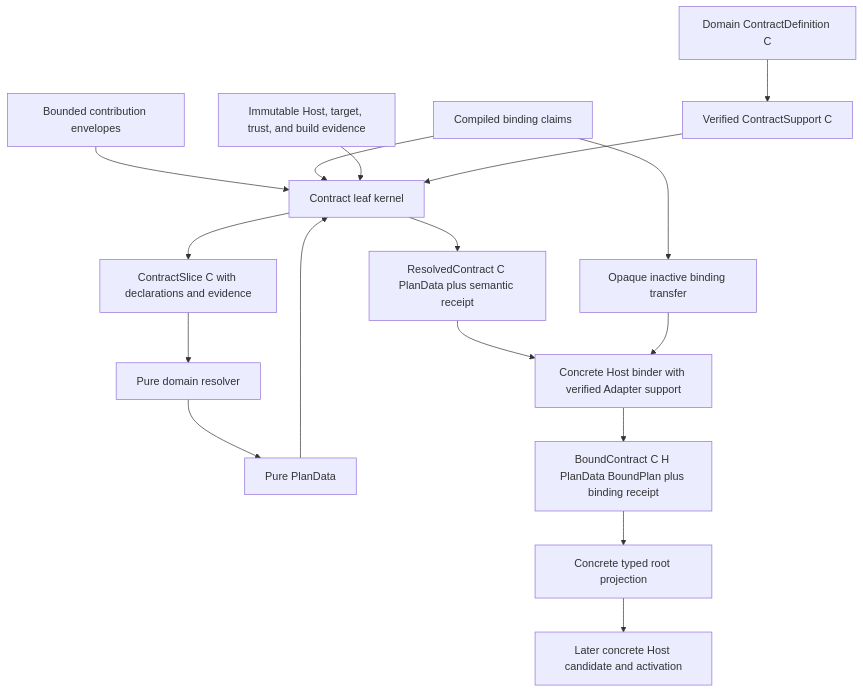
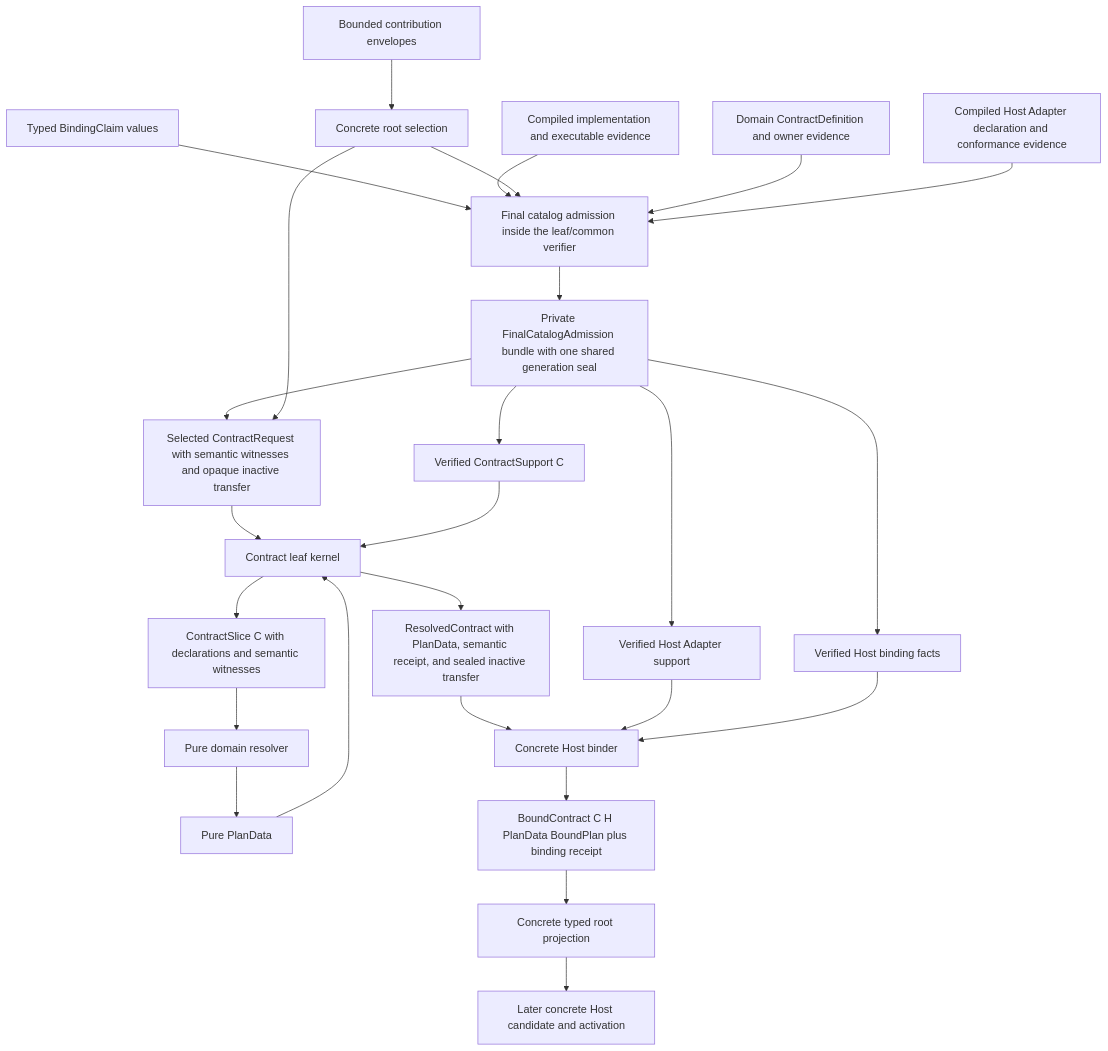
The diagram in docs/architecture/extension-contract-kernel-interface-design.md (Latias94/nara), drawn with Mermaid before and after one commit. The commit also changed other lines of this file and 5 other files, not shown here.

First line of the commit message:
docs(architecture): align extension admission and host ownership

````diff
--- a/docs/architecture/extension-contract-kernel-interface-design.md
+++ b/docs/architecture/extension-contract-kernel-interface-design.md
@@ -165,19 +169,28 @@
 ```mermaid
 flowchart TD
-    Descriptor[Bounded contribution envelopes] --> Leaf[Contract leaf kernel]
-    Claims[Compiled binding claims] --> Leaf
-    Evidence[Immutable Host, target, trust, and build evidence] --> Leaf
-    Definition[Domain ContractDefinition C] --> Support[Verified ContractSupport C]
+    Descriptor[Bounded contribution envelopes] --> Select[Concrete root selection]
+    Claims[Typed BindingClaim values] --> Admission[Final catalog admission inside the leaf/common verifier]
+    Compiled[Compiled implementation and executable evidence] --> Admission
+    Select --> Admission
+    Definition[Domain ContractDefinition and owner evidence] --> Admission
+    Adapter[Compiled Host Adapter declaration and conformance evidence] --> Admission
+    Admission --> Admitted[Private FinalCatalogAdmission bundle with one shared generation seal]
+    Admitted --> Support[Verified ContractSupport C]
+    Admitted --> AdapterSupport[Verified Host Adapter support]
+    Admitted --> HostFacts[Verified Host binding facts]
+    Admitted --> Request[Selected ContractRequest with semantic witnesses and opaque inactive transfer]
+    Select --> Request
+    Request --> Leaf[Contract leaf kernel]
     Support --> Leaf
-    Leaf --> Slice[ContractSlice C with declarations and evidence]
+    Leaf --> Slice[ContractSlice C with declarations and semantic witnesses]
     Slice --> Domain[Pure domain resolver]
     Domain --> Plan[Pure PlanData]
     Plan --> Leaf
-    Leaf --> Semantic[ResolvedContract C PlanData plus semantic receipt]
-    Semantic --> Binder[Concrete Host binder with verified Adapter support]
-    Claims --> Transfer[Opaque inactive binding transfer]
-    Transfer --> Binder
+    Leaf --> Semantic[ResolvedContract with PlanData, semantic receipt, and sealed inactive transfer]
+    Semantic --> Binder[Concrete Host binder]
+    AdapterSupport --> Binder
+    HostFacts --> Binder
     Binder --> Bound[BoundContract C H PlanData BoundPlan plus binding receipt]
-    Bound --> Root[Concrete typed root projection]
-    Root --> Host[Later concrete Host candidate and activation]
+    Bound --> Projection[Concrete typed root projection]
+    Projection --> Host[Later concrete Host candidate and activation]
 ```
````
